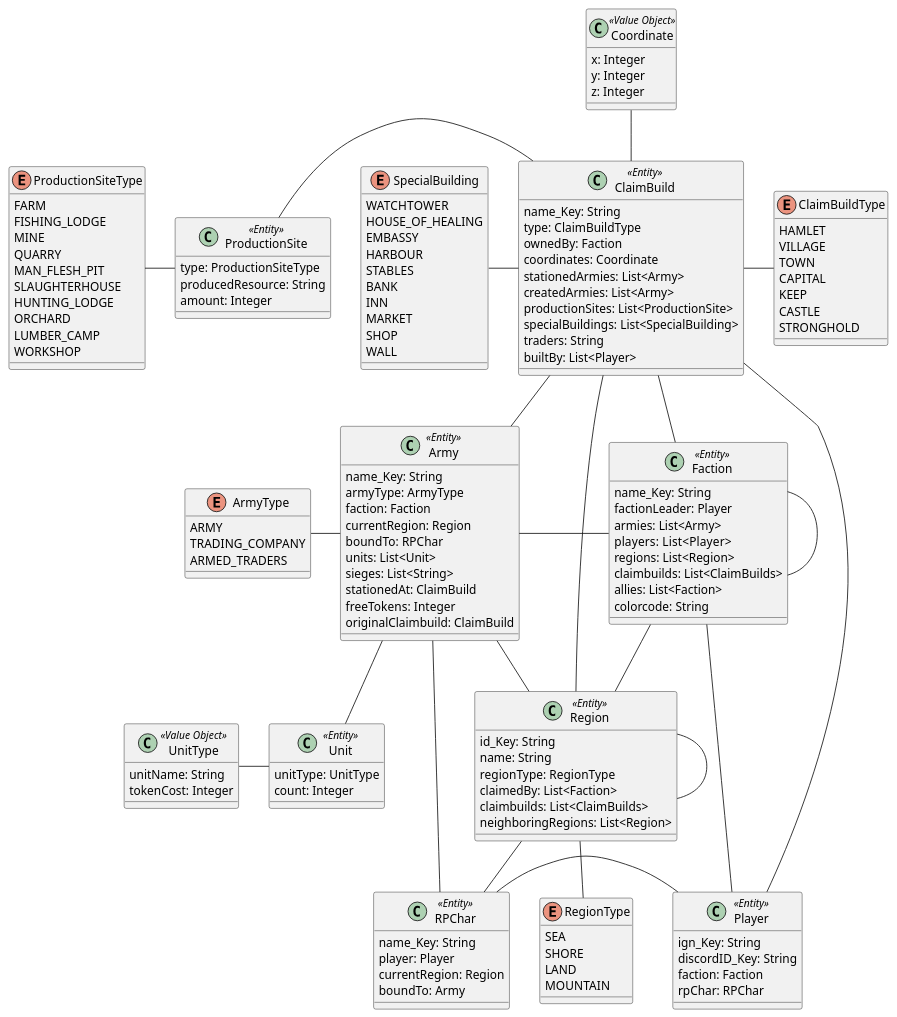
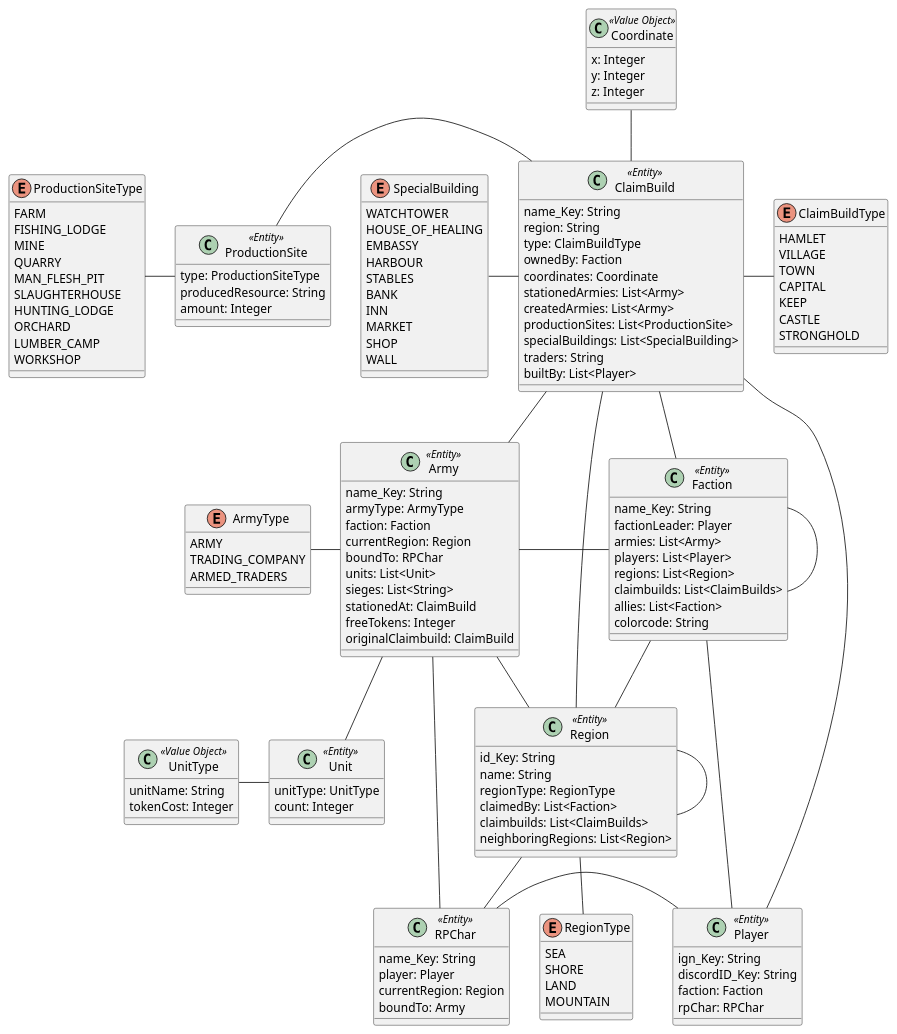
Before and after one commit to Team-KekX/Ardas-Legends-App: the diagram in ALRoleplaySystem/src/main/java/puml/ArdasLegendsDomain.puml, drawn with PlantUML. The commit also changed 1 other file, not shown here.

Commit message:
Added region attribute to claimbuild
Added a region attribute in claimbuild so you can easily see in which
region the claimbuild is in.

	- Added String region attribute in claimbuild

```diff
--- a/ALRoleplaySystem/src/main/java/puml/ArdasLegendsDomain.puml
+++ b/ALRoleplaySystem/src/main/java/puml/ArdasLegendsDomain.puml
@@ -1,165 +1,166 @@
 @startuml
 class Region <<Entity>> {
     id_Key: String
     name: String
     regionType: RegionType
     claimedBy: List<Faction>
     claimbuilds: List<ClaimBuilds>
     neighboringRegions: List<Region>
 }
 
 enum RegionType {
     SEA
     SHORE
     LAND
     MOUNTAIN
 }
 
 class ClaimBuild <<Entity>> {
     name_Key: String
+    region: String
     type: ClaimBuildType
     ownedBy: Faction
     coordinates: Coordinate
     stationedArmies: List<Army>
     createdArmies: List<Army>
     productionSites: List<ProductionSite>
     specialBuildings: List<SpecialBuilding>
     traders: String
     builtBy: List<Player>
 }
 
 enum ClaimBuildType {
     HAMLET
     VILLAGE
     TOWN
     CAPITAL
     KEEP
     CASTLE
     STRONGHOLD
 }
 
 class Faction <<Entity>> {
     name_Key: String
     factionLeader: Player
     armies: List<Army>
     players:  List<Player>
     regions: List<Region>
     claimbuilds: List<ClaimBuilds>
     allies: List<Faction>
     colorcode: String
 }
 
 class Player <<Entity>> {
     ign_Key: String
     discordID_Key: String
     faction: Faction
     rpChar: RPChar
 }
 
 class RPChar <<Entity>> {
     name_Key: String
     player: Player
     currentRegion: Region
     boundTo: Army
 }
 
 class Coordinate <<Value Object>> {
     x: Integer
     y: Integer
     z: Integer
 }
 
 class ProductionSite <<Entity>> {
     type: ProductionSiteType
     producedResource: String
     amount: Integer
 }
 
 enum ProductionSiteType {
     FARM
     FISHING_LODGE
     MINE
     QUARRY
     MAN_FLESH_PIT
     SLAUGHTERHOUSE
     HUNTING_LODGE
     ORCHARD
     LUMBER_CAMP
     WORKSHOP
 }
 
 enum SpecialBuilding {
     WATCHTOWER
     HOUSE_OF_HEALING
     EMBASSY
     HARBOUR
     STABLES
     BANK
     INN
     MARKET
     SHOP
     WALL
 }
 
 class Army <<Entity>> {
     name_Key: String
     armyType: ArmyType
     faction: Faction
     currentRegion: Region
     boundTo: RPChar
     units: List<Unit>
     sieges: List<String>
     stationedAt: ClaimBuild
     freeTokens: Integer
     originalClaimbuild: ClaimBuild
 }
 
 enum ArmyType {
     ARMY
     TRADING_COMPANY
     ARMED_TRADERS
 }
 
 class Unit <<Entity>> {
     unitType: UnitType
     count: Integer
 }
 
 class UnitType <<Value Object>> {
     unitName: String
     tokenCost: Integer
 }
 
 Region -  ClaimBuild
 Region - Region
 Region -down- RPChar
 RegionType -up- Region
 
 Faction -down- Region
 Faction -right Player
 Faction -left Army
 Faction -up- ClaimBuild
 Faction - Faction
 
 ClaimBuild - Player
 ClaimBuild -right- ClaimBuildType
 ClaimBuild -up- Coordinate
 ClaimBuild - Army
 
 ProductionSite - ClaimBuild
 SpecialBuilding - ClaimBuild
 
 ProductionSite -left- ProductionSiteType
 
 
 RPChar - Player
 
 Army -down- Unit
 Army - Region
 Army - RPChar
 
 ArmyType - Army
 
 UnitType - Unit
 
 @enduml
```
